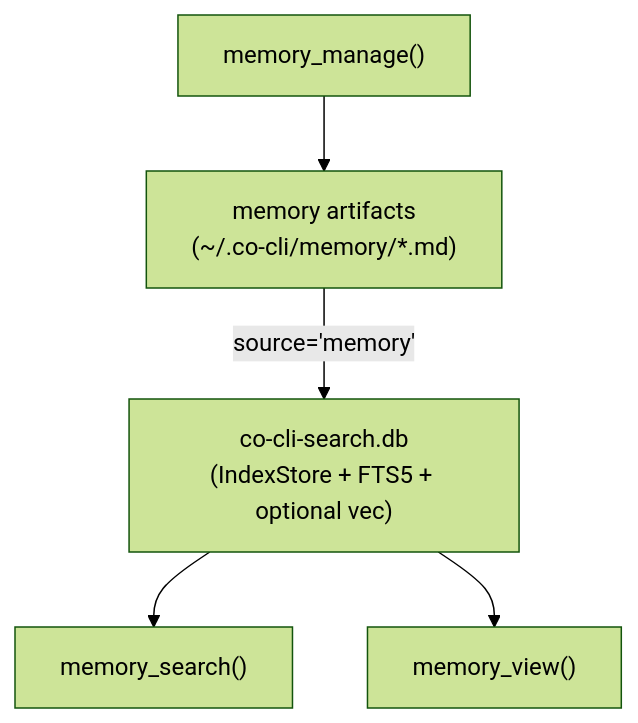
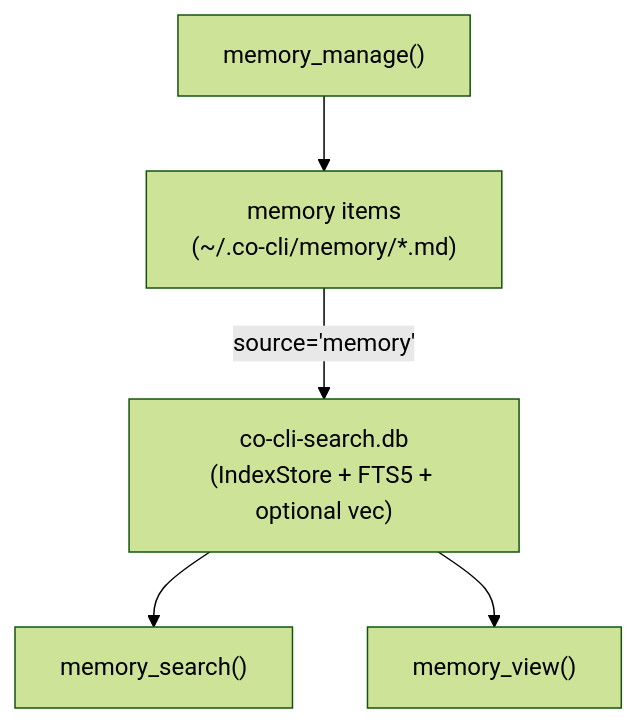
The diagram in docs/specs/memory.md (binlecode/co-cli), drawn with Mermaid (forest theme) before and after one commit. The commit also changed other lines of this file and 47 other files, not shown here.

````diff
--- a/docs/specs/memory.md
+++ b/docs/specs/memory.md
@@ -15,7 +15,7 @@
 ```mermaid
 flowchart TD
-    MemoryFiles["memory artifacts\n(~/.co-cli/memory/*.md)"] -->|"source='memory'"| IndexDB["co-cli-search.db\n(IndexStore + FTS5 + optional vec)"]
+    MemoryFiles["memory items\n(~/.co-cli/memory/*.md)"] -->|"source='memory'"| IndexDB["co-cli-search.db\n(IndexStore + FTS5 + optional vec)"]
     IndexDB --> MemSearch["memory_search()"]
     IndexDB --> MemView["memory_view()"]
     MemManage["memory_manage()"] --> MemoryFiles
 ```
````
